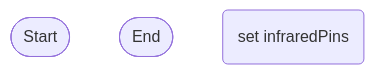
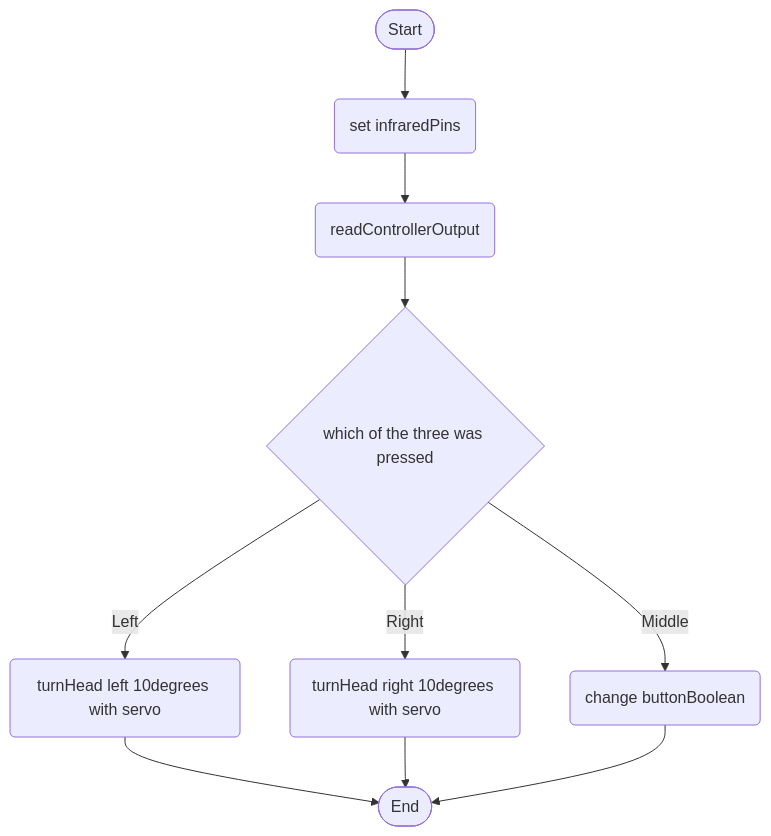
Before and after one commit to Deltace05/SmartDog: the fifth of 5 diagrams in logic.md, drawn with Mermaid.

````diff
--- a/logic.md
+++ b/logic.md
@@ -114,8 +114,21 @@
 ```mermaid
 flowchart TD
 terminalStart([Start])
 terminalEnd([End])
 setDogRemote(set infraredPins)
+readInfrared(readControllerOutput)
+whatButtonPressed{which of the three was pressed}
+leftButton(turnHead left 10degrees with servo)
+rightButton(turnHead right 10degrees with servo)
+middleButton(change buttonBoolean)
 
-
+terminalStart --> setDogRemote
+setDogRemote --> readInfrared
+readInfrared --> whatButtonPressed
+whatButtonPressed --> |Left| leftButton
+whatButtonPressed --> |Right| rightButton
+whatButtonPressed --> |Middle| middleButton
+leftButton --> terminalEnd
+rightButton --> terminalEnd
+middleButton --> terminalEnd
 ```
````
